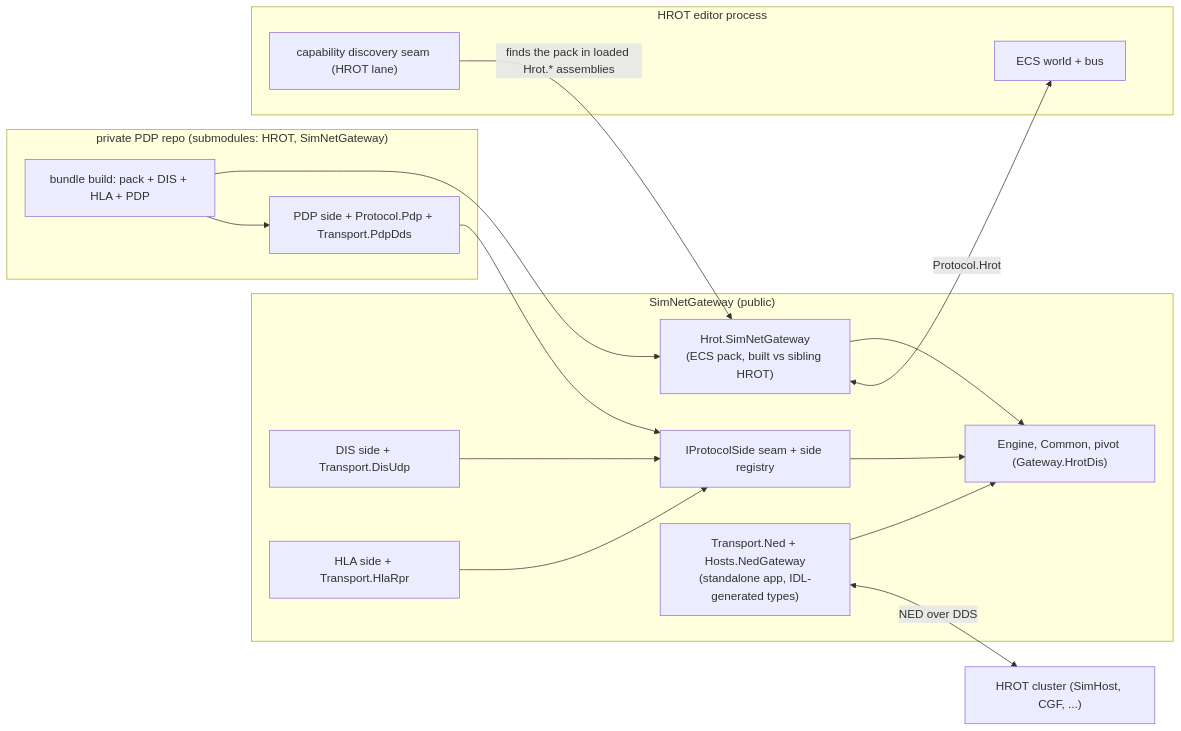
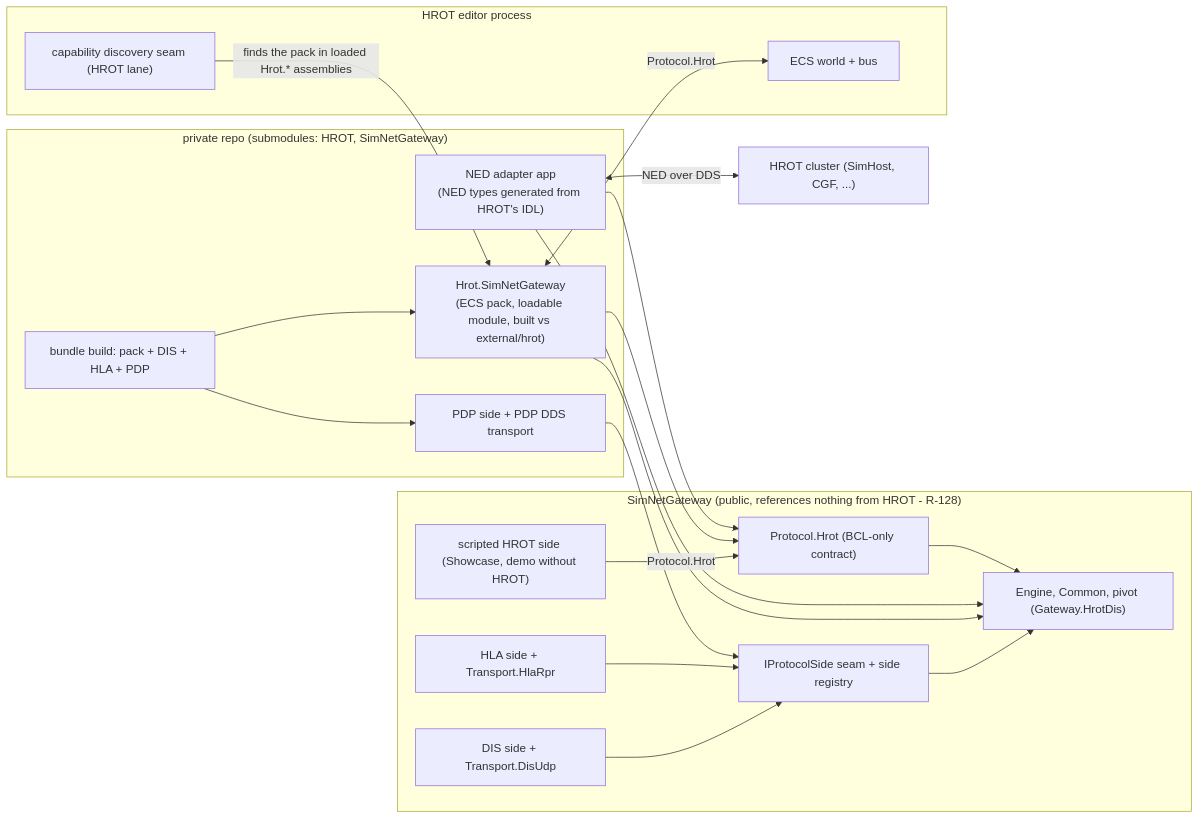
Before and after one commit to pjanec/SimNetGateway: the first of 4 diagrams in docs/design/DD-011-Hrot-Adapters-Loadable-Module-And-Protocol-Sides.md, drawn with Mermaid. The commit also changed other lines of this file, not shown here.

Commit message:
T-026: DD-011 block diagram follows R-128 (pack, NED adapter and PDP in the private repo; SimNetGateway demos through the scripted HROT side); P-105 decision text marked replaced
Claude-Session: https://claude.ai/code/session_01NDPB7Jp7jQzPr73u2CdgiP

````diff
--- a/docs/design/DD-011-Hrot-Adapters-Loadable-Module-And-Protocol-Sides.md
+++ b/docs/design/DD-011-Hrot-Adapters-Loadable-Module-And-Protocol-Sides.md
@@ -33,30 +33,36 @@
 ```mermaid
 flowchart LR
-    subgraph PUB["SimNetGateway (public)"]
+    subgraph PUB["SimNetGateway (public, references nothing from HROT - R-128)"]
         CORE["Engine, Common, pivot (Gateway.HrotDis)"]
+        CONTRACT["Protocol.Hrot (BCL-only contract)"]
         SEAM["IProtocolSide seam + side registry"]
         DIS["DIS side + Transport.DisUdp"]
         HLA["HLA side + Transport.HlaRpr"]
-        PACK["Hrot.SimNetGateway<br/>(ECS pack, built vs sibling HROT)"]
-        NEDA["Transport.Ned + Hosts.NedGateway<br/>(standalone app, IDL-generated types)"]
+        SCRIPT["scripted HROT side (Showcase, demo without HROT)"]
     end
-    subgraph PRIV["private PDP repo (submodules: HROT, SimNetGateway)"]
-        PDP["PDP side + Protocol.Pdp + Transport.PdpDds"]
+    subgraph PRIV["private repo (submodules: HROT, SimNetGateway)"]
+        PACK["Hrot.SimNetGateway<br/>(ECS pack, loadable module, built vs external/hrot)"]
+        NEDA["NED adapter app<br/>(NED types generated from HROT's IDL)"]
+        PDP["PDP side + PDP DDS transport"]
         BUNDLE["bundle build: pack + DIS + HLA + PDP"]
     end
     subgraph HROT["HROT editor process"]
         DISC["capability discovery seam (HROT lane)"]
         ECS["ECS world + bus"]
     end
     DIS --> SEAM
     HLA --> SEAM
     PDP --> SEAM
     SEAM --> CORE
     PACK --> CORE
     NEDA --> CORE
+    SCRIPT -->|"Protocol.Hrot"| CONTRACT
+    PACK --> CONTRACT
+    NEDA --> CONTRACT
+    CONTRACT --> CORE
     BUNDLE --> PACK
     BUNDLE --> PDP
     DISC -->|"finds the pack in loaded Hrot.* assemblies"| PACK
     PACK <-->|"Protocol.Hrot"| ECS
     NEDA <-->|"NED over DDS"| CLUSTER["HROT cluster (SimHost, CGF, ...)"]
 ```
````
